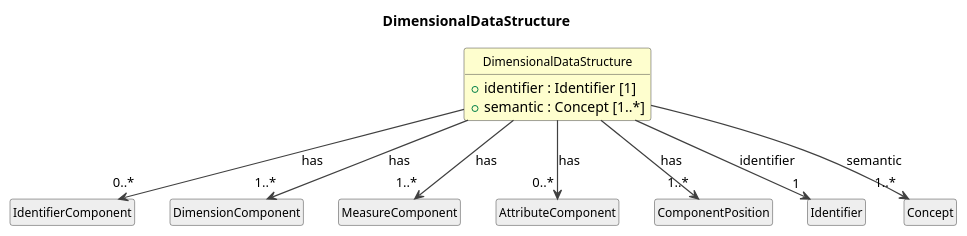
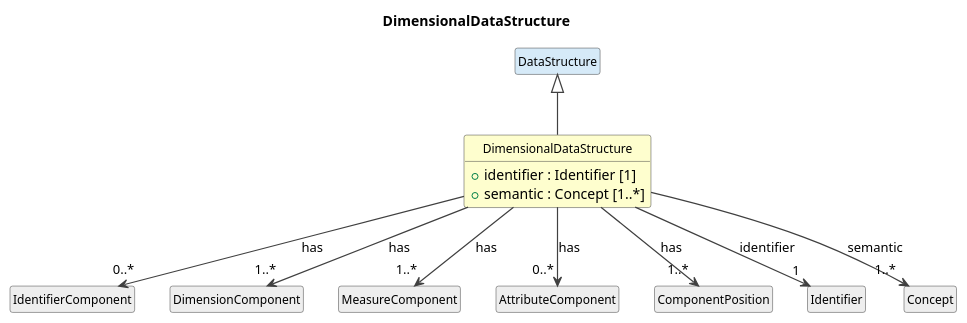
The diagram in cdif-uml-model/_plantuml/cdifDataStructure/Classes/DimensionalDataStructure.pu (Cross-Domain-Interoperability-Framework/metadataBuildingBlocks), drawn with PlantUML before and after one commit. The commit also changed 78 other files, not shown here.

First line of the commit message:
Regenerate model browser: DataStructure hierarchy + toggle/sticky/clip UI fixes

```diff
--- a/cdif-uml-model/_plantuml/cdifDataStructure/Classes/DimensionalDataStructure.pu
+++ b/cdif-uml-model/_plantuml/cdifDataStructure/Classes/DimensionalDataStructure.pu
@@ -1,32 +1,34 @@
 @startuml
 title DimensionalDataStructure
 hide circle
 hide empty members
 skinparam shadowing false
 skinparam ArrowThickness 1.2
 skinparam class {
   ArrowColor #404040
   BorderColor #404040
   FontSize 12
 }
 
 class "DimensionalDataStructure" as DimensionalDataStructure #FEFECE {
   +identifier : Identifier [1]
   +semantic : Concept [1..*]
 }
+class "DataStructure" as DataStructure #D6EAF8
+DataStructure <|-- DimensionalDataStructure
 class "IdentifierComponent" as IdentifierComponent #EEEEEE
 DimensionalDataStructure --> "0..*" IdentifierComponent : has
 class "DimensionComponent" as DimensionComponent #EEEEEE
 DimensionalDataStructure --> "1..*" DimensionComponent : has
 class "MeasureComponent" as MeasureComponent #EEEEEE
 DimensionalDataStructure --> "1..*" MeasureComponent : has
 class "AttributeComponent" as AttributeComponent #EEEEEE
 DimensionalDataStructure --> "0..*" AttributeComponent : has
 class "ComponentPosition" as ComponentPosition #EEEEEE
 DimensionalDataStructure --> "1..*" ComponentPosition : has
 class "Identifier" as Identifier #EEEEEE
 DimensionalDataStructure --> "1" Identifier : identifier
 class "Concept" as Concept #EEEEEE
 DimensionalDataStructure --> "1..*" Concept : semantic
 
 @enduml
```
